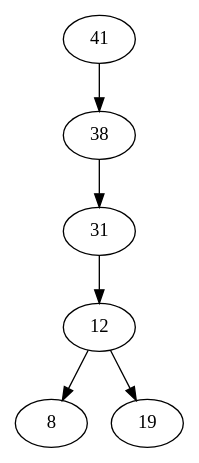
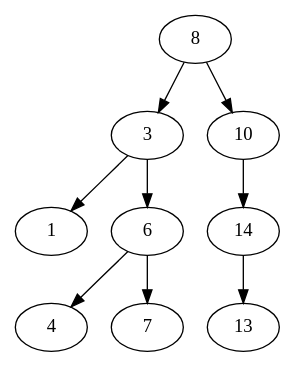
The diagram in test.dot (YoheiSaito/algorithm), drawn with Graphviz before and after one commit. The commit also changed 3 other files, not shown here.

```diff
--- a/test.dot
+++ b/test.dot
@@ -1,21 +1,24 @@
 digraph binary_graph{
 graph[
 charset = "utf-8",
 labelloc = "t",
 labeljust = "c",
 bgcolor = "white",
 fontcolor = "black",
 fontsize = 8,
 style = "filled",
 layout = dot
 ];
 edge[
 color = black 
 ];
-41;
-41->38;
-38->31;
-31->12;
-12->8;
-12->19;
+8;
+8->3;
+3->1;
+3->6;
+6->4;
+6->7;
+8->10;
+10->14;
+14->13;
 }
```
